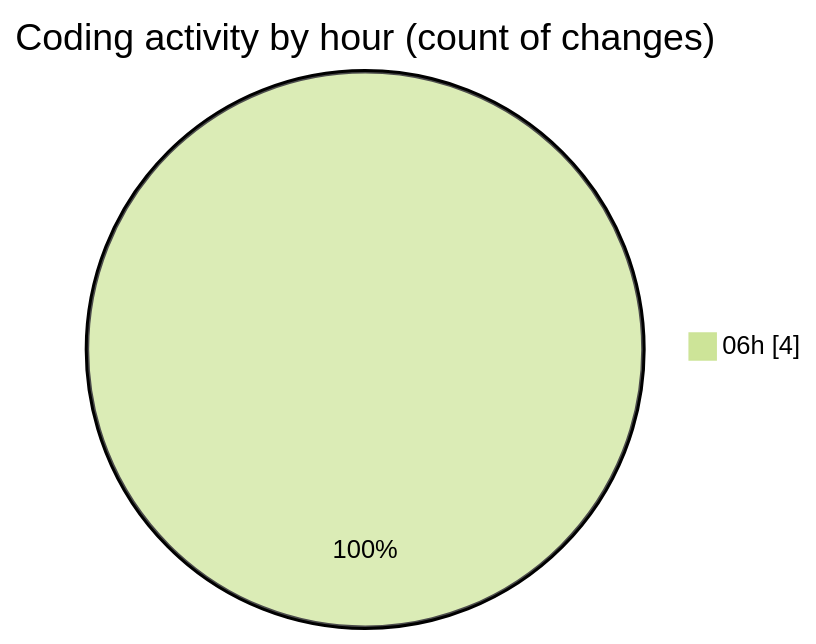
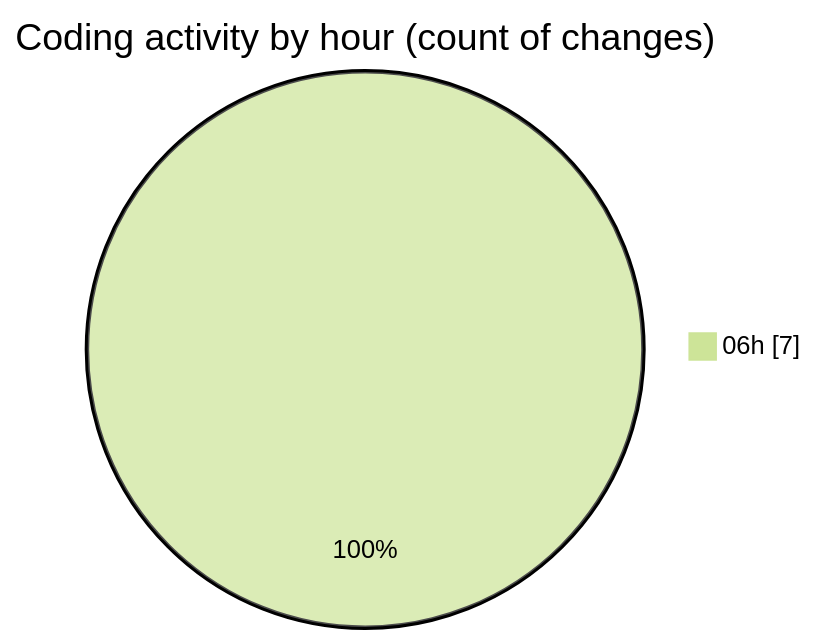
One commit to IJAZ3593/code-tracking changed the second of 2 diagrams in 2025-10-25/ai/README.md. Above: the diagram before and after it, drawn with Mermaid (forest theme). The commit also changed other lines of this file and 1 other file, not shown here.

````diff
--- a/2025-10-25/ai/README.md
+++ b/2025-10-25/ai/README.md
@@ -30,5 +33,5 @@
 ```mermaid
 pie showData
 title Coding activity by hour (count of changes)
-"06h" : 4
+"06h" : 7
 ```
````
